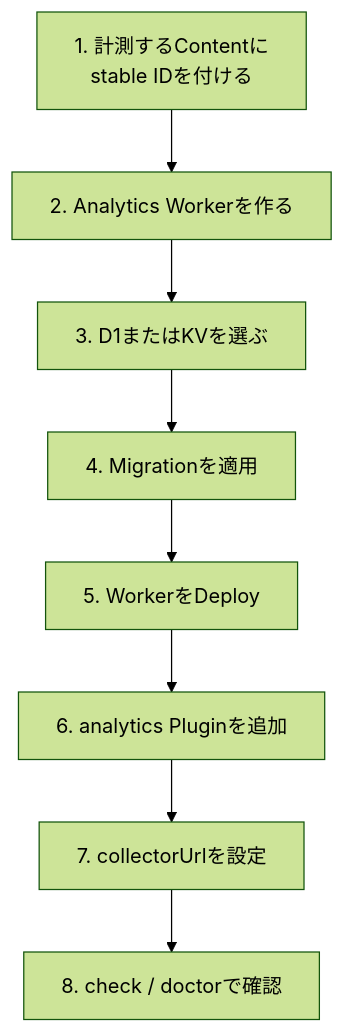
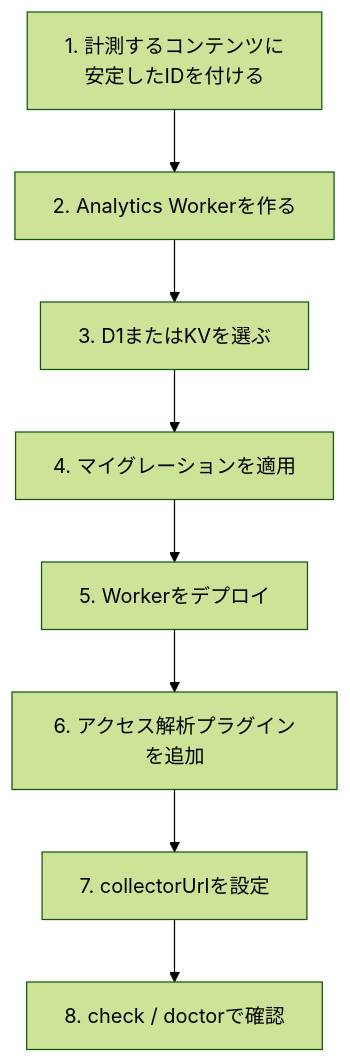
Before and after one commit to Rerurate514/riebeckite: the fifth of 5 diagrams in docs/docs/guides/analytics.ja.md, drawn with Mermaid (forest theme). The commit also changed other lines of this file and 310 other files, not shown here.

````diff
--- a/docs/docs/guides/analytics.ja.md
+++ b/docs/docs/guides/analytics.ja.md
@@ -829,19 +530,19 @@
 ```mermaid id="zhsgd5"
 flowchart TD
-    ID["1. 計測するContentに<br/>stable IDを付ける"]
+    ID["1. 計測するコンテンツに<br/>安定したIDを付ける"]
     Worker["2. Analytics Workerを作る"]
     Storage["3. D1またはKVを選ぶ"]
-    Migration["4. Migrationを適用"]
-    Deploy["5. WorkerをDeploy"]
-    Plugin["6. analytics Pluginを追加"]
+    Migration["4. マイグレーションを適用"]
+    Deploy["5. Workerをデプロイ"]
+    Plugin["6. アクセス解析プラグインを追加"]
     URL["7. collectorUrlを設定"]
     Check["8. check / doctorで確認"]
 
     ID --> Worker
     Worker --> Storage
     Storage --> Migration
     Migration --> Deploy
     Deploy --> Plugin
     Plugin --> URL
     URL --> Check
 ```
````
